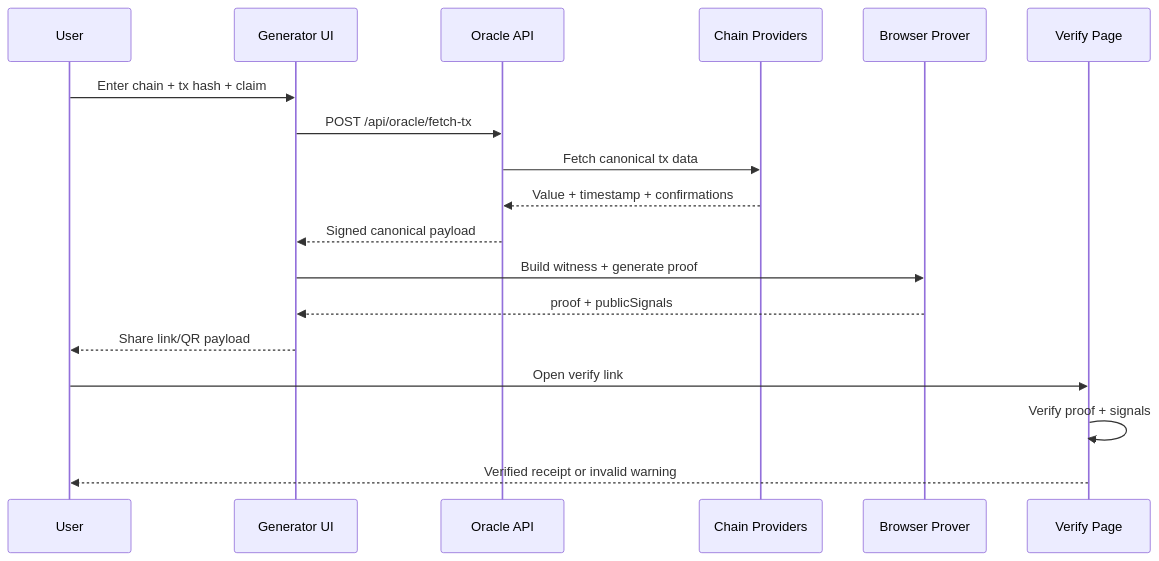
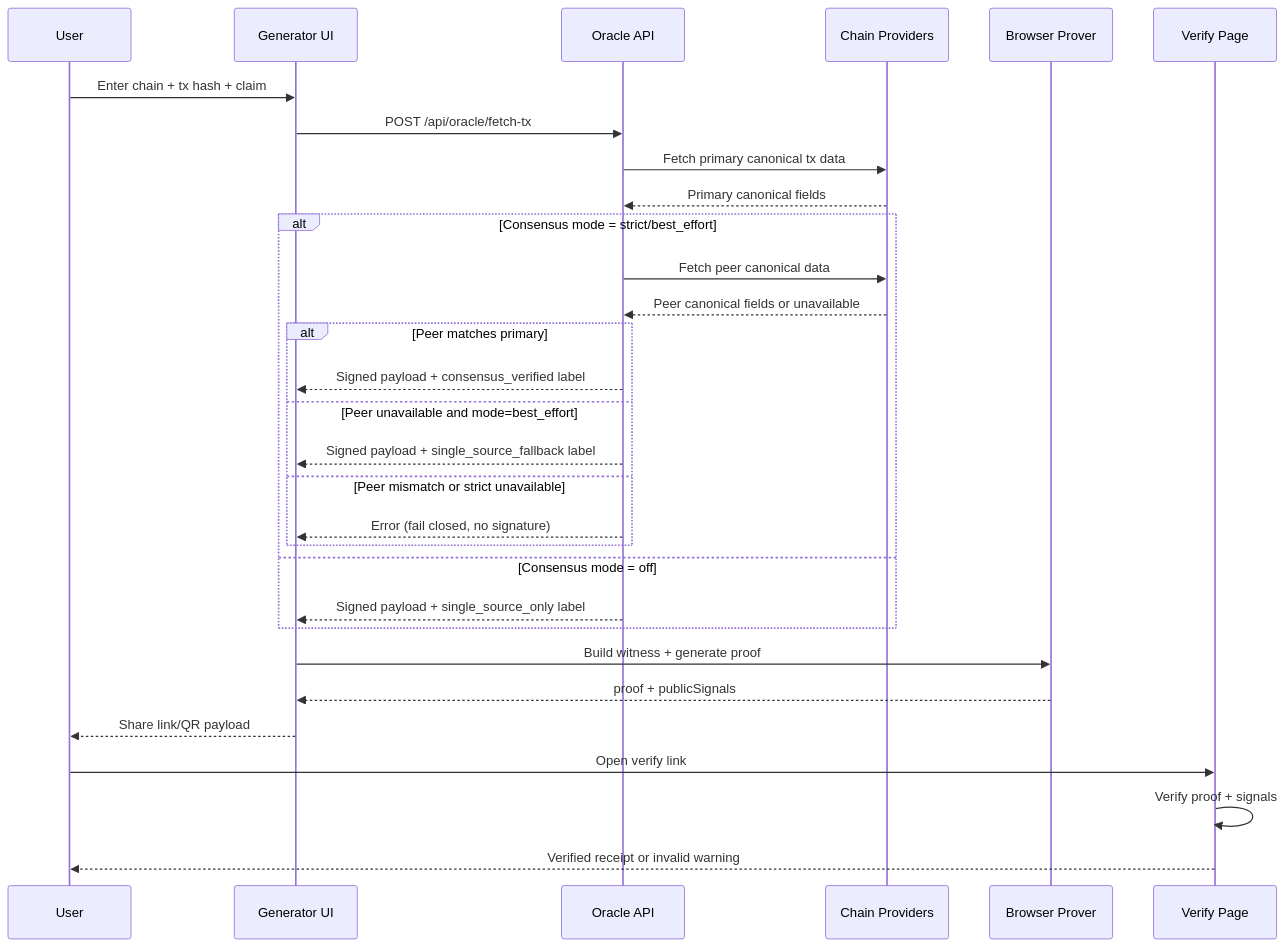
The second of 2 diagrams in README.md (Teycir/Ghostreceipt), drawn with Mermaid before and after one commit. The commit also changed other lines of this file and 4 other files, not shown here.

````diff
--- a/README.md
+++ b/README.md
@@ -169,21 +189,33 @@
 ```mermaid
 sequenceDiagram
     participant User
     participant UI as Generator UI
     participant Oracle as Oracle API
     participant Providers as Chain Providers
     participant ZK as Browser Prover
     participant Verify as Verify Page
 
     User->>UI: Enter chain + tx hash + claim
     UI->>Oracle: POST /api/oracle/fetch-tx
-    Oracle->>Providers: Fetch canonical tx data
-    Providers-->>Oracle: Value + timestamp + confirmations
-    Oracle-->>UI: Signed canonical payload
+    Oracle->>Providers: Fetch primary canonical tx data
+    Providers-->>Oracle: Primary canonical fields
+    alt Consensus mode = strict/best_effort
+      Oracle->>Providers: Fetch peer canonical data
+      Providers-->>Oracle: Peer canonical fields or unavailable
+      alt Peer matches primary
+        Oracle-->>UI: Signed payload + consensus_verified label
+      else Peer unavailable and mode=best_effort
+        Oracle-->>UI: Signed payload + single_source_fallback label
+      else Peer mismatch or strict unavailable
+        Oracle-->>UI: Error (fail closed, no signature)
+      end
+    else Consensus mode = off
+      Oracle-->>UI: Signed payload + single_source_only label
+    end
     UI->>ZK: Build witness + generate proof
     ZK-->>UI: proof + publicSignals
     UI-->>User: Share link/QR payload
     User->>Verify: Open verify link
     Verify->>Verify: Verify proof + signals
     Verify-->>User: Verified receipt or invalid warning
 ```
````
